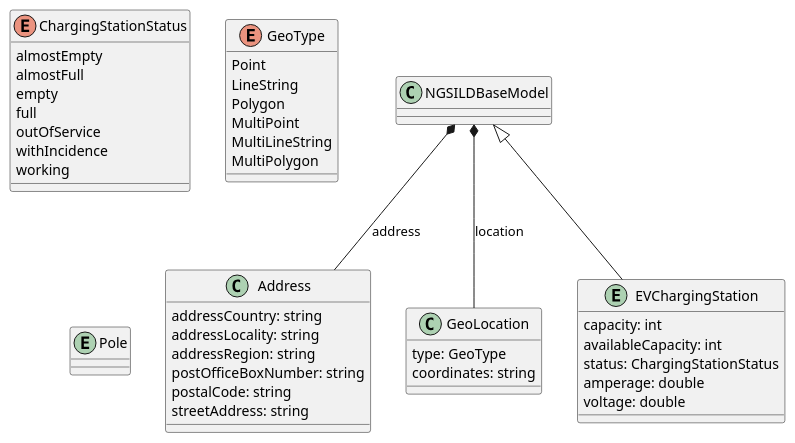
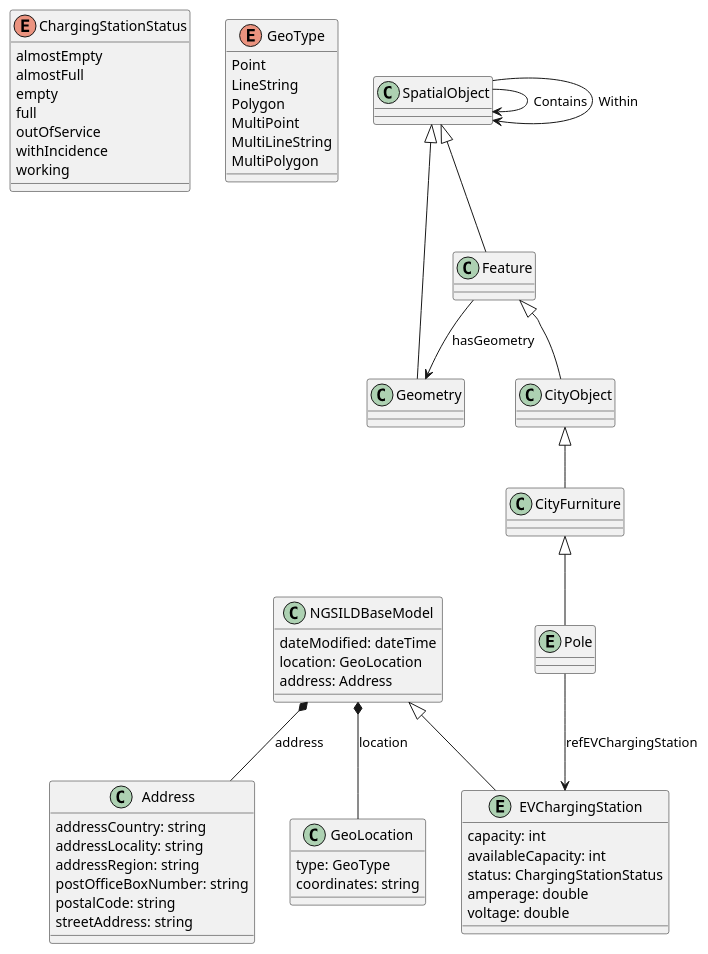
Before and after one commit to HenriKCorrea/agentwin-knowledge-graph: the diagram in diagrams/smart-city-ev.puml, drawn with PlantUML. The commit also changed 1 other file, not shown here.

Commit message:
Add smart city EV charging diagram and enhance class definitions for Address and spatial objects

```diff
--- a/diagrams/smart-city-ev.puml
+++ b/diagrams/smart-city-ev.puml
@@ -17,99 +17,130 @@
 @startuml Smart City EV
 
 ' enum VehicleType {
 '     bicycle
 '     bus
 '     car
 '     caravan
 '     motorcycle
 '     motorscooter
 '     truck
 ' }
 
 ' enum SocketType {
 '     Caravan_Mains_Socket
 '     CHAdeMO
 '     CCS_SAE
 '     Dual_CHAdeMO
 '     Dual_J_1772
 '     Dual_Mennekes
 '     J_1772
 '     Mennekes
 '     Other
 '     Tesla
 '     Type2
 '     Type3
 '     Wall_Euro
 ' }
 
 enum ChargingStationStatus {
     almostEmpty
     almostFull
     empty
     full
     outOfService
     withIncidence
     working
 }
 
+enum GeoType {
+    Point
+    LineString
+    Polygon
+    MultiPoint
+    MultiLineString
+    MultiPolygon
+}
+
 class Address {
     addressCountry: string
     addressLocality: string
     addressRegion: string
     postOfficeBoxNumber: string
     postalCode: string
     streetAddress: string
 }
 
-enum GeoType {
-    Point
-    LineString
-    Polygon
-    MultiPoint
-    MultiLineString
-    MultiPolygon
-}
-
 class GeoLocation {
     type: GeoType
     coordinates: string /' Depends on the type of the location. '/
 }
 
 class NGSILDBaseModel {
     ' dataProvider: string
-    ' dateModified: dateTime
+    dateModified: dateTime
     ' dateCreated: dateTime
     ' source: string
     ' alternateName: string
     ' name: string
     ' description: string
     ' owner: string
     ' seeAlso: string
+    location: GeoLocation
+    address: Address
+}
+
+' Spatial-object represents everything that can have a spatial representation. It is superclass of feature and geometry. GeoSPARQL 1.0 is an OGC Standard.Copyright (c) 2012 Open Geospatial Consortium.
+class SpatialObject {
+    
+}
+
+' The class represents the top-level geometry type. This class is equivalent to the UML class GM_Object defined in ISO 19107, and it is superclass of all geometry types. GeoSPARQL 1.0 is an OGC Standard.Copyright (c) 2012 Open Geospatial Consortium.
+class Geometry extends SpatialObject {
+
+}
+
+' This class represents the top-level feature type. This class is equivalent to GFI_Feature defined in ISO 19156:2011, and it is superclass of all feature types. GeoSPARQL 1.0 is an OGC Standard.Copyright (c) 2012 Open Geospatial Consortium.
+class Feature extends SpatialObject {
+
+}
+
+' Generic class for describing city objects.
+class CityObject extends Feature {
+
+}
+
+class CityFurniture extends CityObject {
+
 }
 
 entity EVChargingStation extends NGSILDBaseModel {
     capacity: int /' The total number of vehicles which can be charged at the same time. The total number of sockets can be higher. '/
     ' socketNumber: int /' The total number of sockets offered by this charging station. '/ 
     availableCapacity: int /' The number of vehicles which currently can be charged. '/
     ' allowedVehicleType: VehicleType /' Vehicle type(s) which can be charged. '/
     ' socketType: SocketType /' The type of sockets offered by this station. '/
     ' openingHours: string /' The opening hours of the charging station. '/
     status: ChargingStationStatus /' Status of the charging station. '/
     ' network: string /' The name of the Network, with that the operator cooperates. '/
     ' operator: string /' Charging station's operator. '/
     ' contactPoint: ContactPoint /' Charging station contact point. '/
     amperage: double /' The total amperage offered by the charging station. Units:'Ampers (A) '/
     voltage: double /' The total voltage offered by the charging station. Units:'Volts (V)' '/
     ' chargeType: enum {annualPayment, flat, free, monthlyPayment, other} /'  '/
     ' acceptedPaymentMethod: enum {ByBankTransferInAdvance, ByInvoice, Cash, CheckInAdvance, COD, DirectDebit, GoogleCheckout, PayPal, PaySwarm} /' Type(s) of charge when using this station. Model:'https://schema.org/Text'. Enum:'ByBankTransferInAdvance, ByInvoice, Cash, CheckInAdvance, COD, DirectDebit, GoogleCheckout, PayPal, PaySwarm' '/
 }
 
-entity Pole {
+entity Pole extends CityFurniture {
 }
+
+SpatialObject --> SpatialObject : Contains
+SpatialObject --> SpatialObject : Within
+
+Feature --> Geometry : hasGeometry
 
 NGSILDBaseModel *-- GeoLocation : location
 NGSILDBaseModel *-- Address : address
 
-
+Pole --> EVChargingStation : refEVChargingStation
 
 @enduml
```
